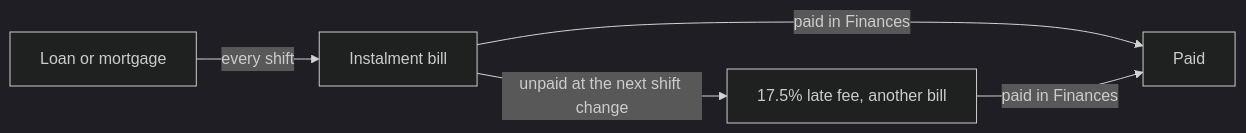
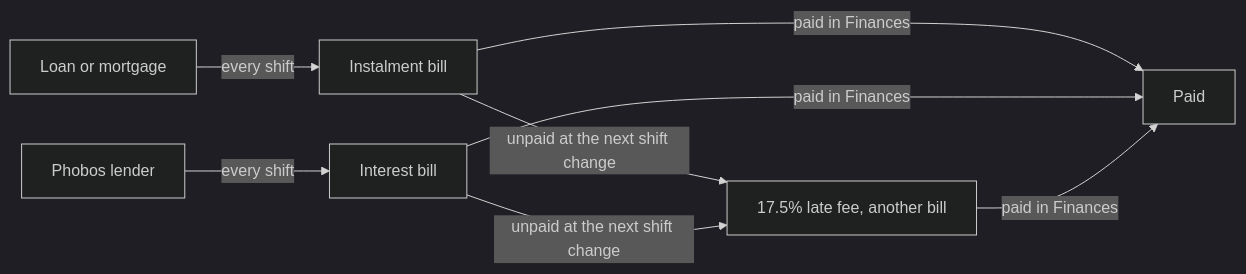
Before and after one commit to phobos-dthorga/phobos-ostranauts: the diagram in docs/bank-player-guide.md, drawn with Mermaid (dark theme). The commit also changed other lines of this file and 39 other files, not shown here.

````diff
--- a/docs/bank-player-guide.md
+++ b/docs/bank-player-guide.md
@@ -64,7 +118,10 @@
 ```mermaid
 flowchart LR
     Loan[Loan or mortgage] -- every shift --> Bill[Instalment bill]
+    Lender[Phobos lender] -- every shift --> Interest[Interest bill]
     Bill -- paid in Finances --> Paid[Paid]
+    Interest -- paid in Finances --> Paid
     Bill -- unpaid at the next shift change --> Late[17.5% late fee, another bill]
+    Interest -- unpaid at the next shift change --> Late
     Late -- paid in Finances --> Paid
 ```
````
